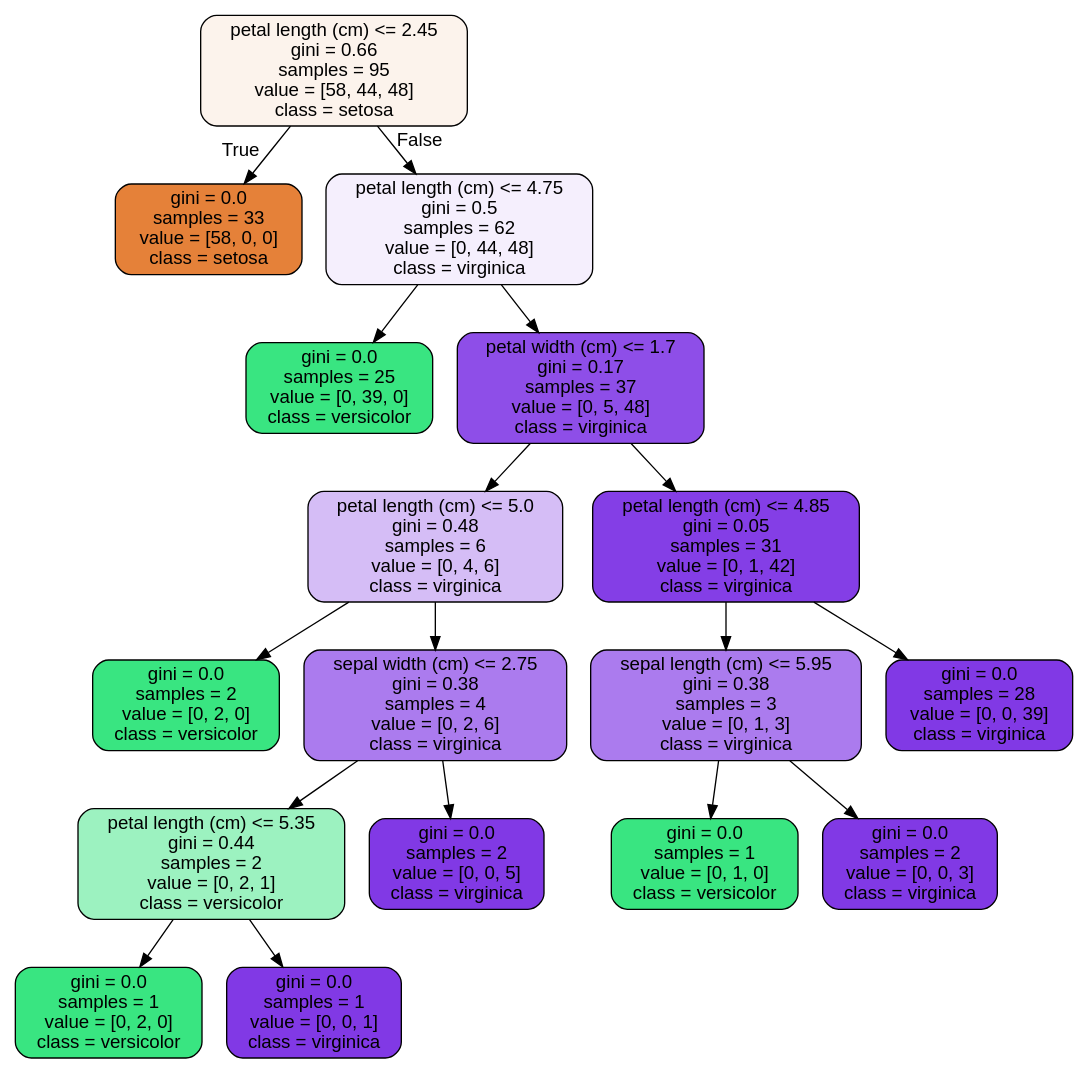
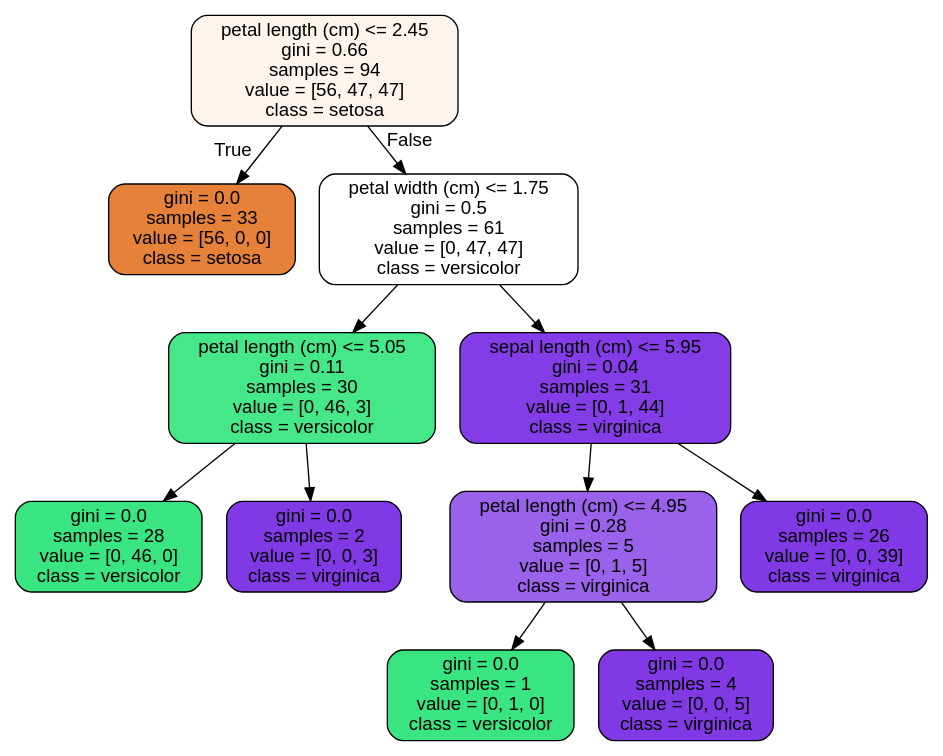
One commit to bonisadar/Data-Science-bootcamp changed the diagram in RandomForest_Covid_Case_Study/tree.dot. Above: the diagram before and after it, drawn with Graphviz. The commit also changed 3 other files, not shown here.

```diff
--- a/RandomForest_Covid_Case_Study/tree.dot
+++ b/RandomForest_Covid_Case_Study/tree.dot
@@ -1,37 +1,25 @@
 digraph Tree {
 node [shape=box, style="filled, rounded", color="black", fontname="helvetica"] ;
 edge [fontname="helvetica"] ;
-0 [label="petal length (cm) <= 2.45\ngini = 0.66\nsamples = 95\nvalue = [58, 44, 48]\nclass = setosa", fillcolor="#fcf3ec"] ;
-1 [label="gini = 0.0\nsamples = 33\nvalue = [58, 0, 0]\nclass = setosa", fillcolor="#e58139"] ;
+0 [label="petal length (cm) <= 2.45\ngini = 0.66\nsamples = 94\nvalue = [56, 47, 47]\nclass = setosa", fillcolor="#fdf4ee"] ;
+1 [label="gini = 0.0\nsamples = 33\nvalue = [56, 0, 0]\nclass = setosa", fillcolor="#e58139"] ;
 0 -> 1 [labeldistance=2.5, labelangle=45, headlabel="True"] ;
-2 [label="petal length (cm) <= 4.75\ngini = 0.5\nsamples = 62\nvalue = [0, 44, 48]\nclass = virginica", fillcolor="#f5effd"] ;
+2 [label="petal width (cm) <= 1.75\ngini = 0.5\nsamples = 61\nvalue = [0, 47, 47]\nclass = versicolor", fillcolor="#ffffff"] ;
 0 -> 2 [labeldistance=2.5, labelangle=-45, headlabel="False"] ;
-3 [label="gini = 0.0\nsamples = 25\nvalue = [0, 39, 0]\nclass = versicolor", fillcolor="#39e581"] ;
+3 [label="petal length (cm) <= 5.05\ngini = 0.11\nsamples = 30\nvalue = [0, 46, 3]\nclass = versicolor", fillcolor="#46e789"] ;
 2 -> 3 ;
-4 [label="petal width (cm) <= 1.7\ngini = 0.17\nsamples = 37\nvalue = [0, 5, 48]\nclass = virginica", fillcolor="#8e4ee8"] ;
-2 -> 4 ;
-5 [label="petal length (cm) <= 5.0\ngini = 0.48\nsamples = 6\nvalue = [0, 4, 6]\nclass = virginica", fillcolor="#d5bdf6"] ;
-4 -> 5 ;
-6 [label="gini = 0.0\nsamples = 2\nvalue = [0, 2, 0]\nclass = versicolor", fillcolor="#39e581"] ;
-5 -> 6 ;
-7 [label="sepal width (cm) <= 2.75\ngini = 0.38\nsamples = 4\nvalue = [0, 2, 6]\nclass = virginica", fillcolor="#ab7bee"] ;
-5 -> 7 ;
-8 [label="petal length (cm) <= 5.35\ngini = 0.44\nsamples = 2\nvalue = [0, 2, 1]\nclass = versicolor", fillcolor="#9cf2c0"] ;
+4 [label="gini = 0.0\nsamples = 28\nvalue = [0, 46, 0]\nclass = versicolor", fillcolor="#39e581"] ;
+3 -> 4 ;
+5 [label="gini = 0.0\nsamples = 2\nvalue = [0, 0, 3]\nclass = virginica", fillcolor="#8139e5"] ;
+3 -> 5 ;
+6 [label="sepal length (cm) <= 5.95\ngini = 0.04\nsamples = 31\nvalue = [0, 1, 44]\nclass = virginica", fillcolor="#843de6"] ;
+2 -> 6 ;
+7 [label="petal length (cm) <= 4.95\ngini = 0.28\nsamples = 5\nvalue = [0, 1, 5]\nclass = virginica", fillcolor="#9a61ea"] ;
+6 -> 7 ;
+8 [label="gini = 0.0\nsamples = 1\nvalue = [0, 1, 0]\nclass = versicolor", fillcolor="#39e581"] ;
 7 -> 8 ;
-9 [label="gini = 0.0\nsamples = 1\nvalue = [0, 2, 0]\nclass = versicolor", fillcolor="#39e581"] ;
-8 -> 9 ;
-10 [label="gini = 0.0\nsamples = 1\nvalue = [0, 0, 1]\nclass = virginica", fillcolor="#8139e5"] ;
-8 -> 10 ;
-11 [label="gini = 0.0\nsamples = 2\nvalue = [0, 0, 5]\nclass = virginica", fillcolor="#8139e5"] ;
-7 -> 11 ;
-12 [label="petal length (cm) <= 4.85\ngini = 0.05\nsamples = 31\nvalue = [0, 1, 42]\nclass = virginica", fillcolor="#843ee6"] ;
-4 -> 12 ;
-13 [label="sepal length (cm) <= 5.95\ngini = 0.38\nsamples = 3\nvalue = [0, 1, 3]\nclass = virginica", fillcolor="#ab7bee"] ;
-12 -> 13 ;
-14 [label="gini = 0.0\nsamples = 1\nvalue = [0, 1, 0]\nclass = versicolor", fillcolor="#39e581"] ;
-13 -> 14 ;
-15 [label="gini = 0.0\nsamples = 2\nvalue = [0, 0, 3]\nclass = virginica", fillcolor="#8139e5"] ;
-13 -> 15 ;
-16 [label="gini = 0.0\nsamples = 28\nvalue = [0, 0, 39]\nclass = virginica", fillcolor="#8139e5"] ;
-12 -> 16 ;
+9 [label="gini = 0.0\nsamples = 4\nvalue = [0, 0, 5]\nclass = virginica", fillcolor="#8139e5"] ;
+7 -> 9 ;
+10 [label="gini = 0.0\nsamples = 26\nvalue = [0, 0, 39]\nclass = virginica", fillcolor="#8139e5"] ;
+6 -> 10 ;
 }
```
